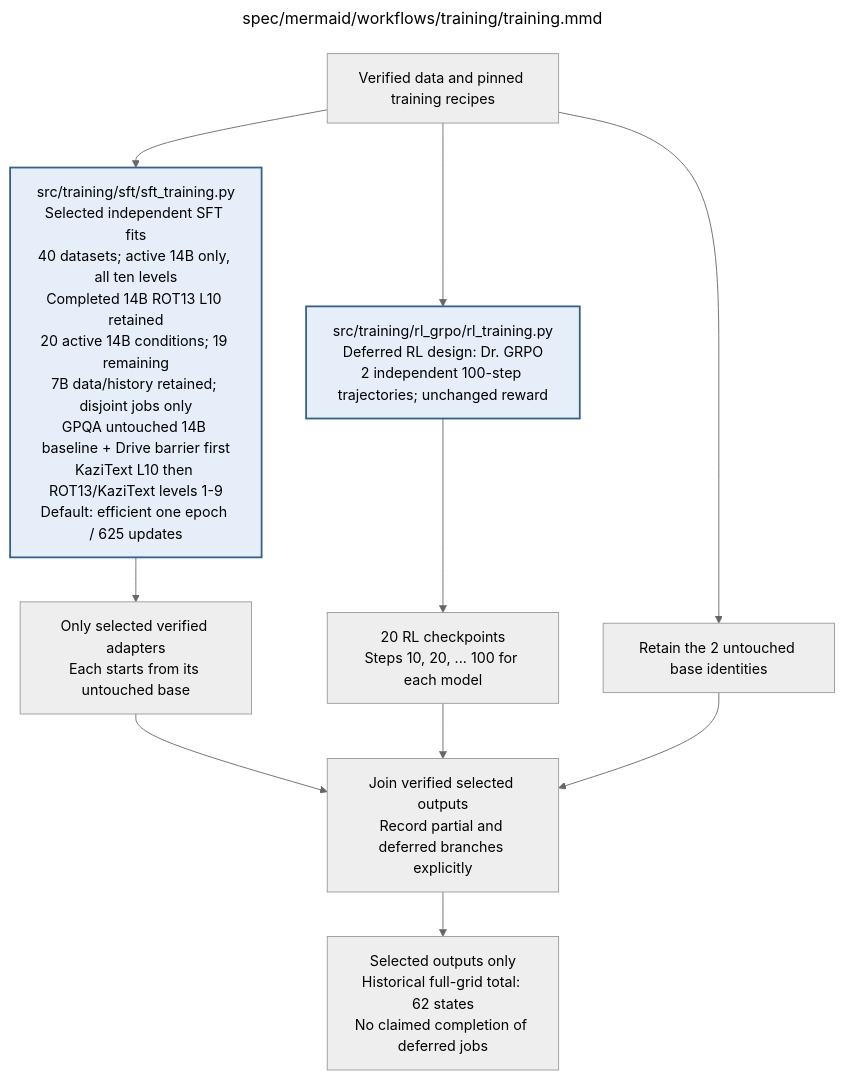
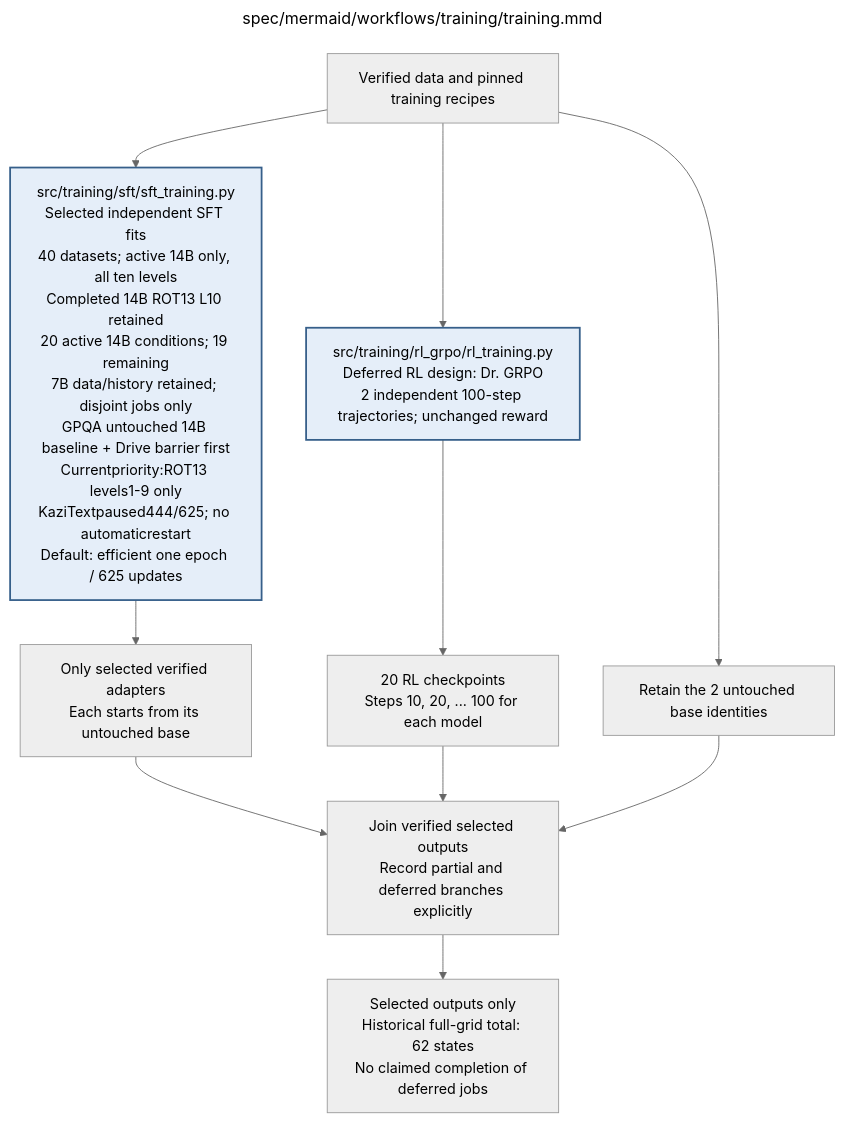
The diagram in docs/modules/training/training.md (AJUNNYC/inducing_persistent_textual_chain_of_thought_illegibility), drawn with Mermaid (neutral theme) before and after one commit. The commit also changed other lines of this file and 31 other files, not shown here.

Commit message:
Prioritize remaining 14B ROT13 fits and preserve KaziText pause

````diff
--- a/docs/modules/training/training.md
+++ b/docs/modules/training/training.md
@@ -52,50 +52,50 @@
 ```mermaid
 ---
 title: "spec/mermaid/workflows/training/training.mmd"
 ---
 flowchart TD
 %% Dated13Oct21:38UTC evidence: actualGPQA49/198 complete/Drive verified;133 truncated+3 malformed at3072 tokens.
-%% Worker scientificsource9de8813 runsKaziText14B L10;200/625 checkpointDrive verified21:31UTC, native guards passed1x16/GCoff.
+%% Same scientificsource9de nowtrainsROT13L1: masks/recovery passed1x16/GCoff,checkpoint0Drive-verified,GPU94-98%.
 %% RetainedROT13L10 keeps old2ea4fb9 identity; laterdocumentation cannot relabel executed workers.
 %% Training
 %% Active default: efficient_one_epoch_v1, per explicitly selected SFT condition.
 %% Published policy v2: request physical 2 x 8; capacity fallback 1 x 16, same effective 16.
 %% Actual batch/accumulation/recomputation mode stays fixed throughout each fit and exact resume.
 %% Committed coordinator requires untouched 14B Diamond 198 baseline+verified Drive barrier before 19 new fits.
-%% Queue KaziText L10 then ROT13/KaziText levels 1-9 ascending; completed ROT13L10 retained.
+%% Queue Currentpriority:ROT13 levels1-9 only<br/>KaziTextpaused444/625; no automaticrestart ascending; completed ROT13L10 retained.
 %% Authorization $240 recorded; no inferred new price or rate-based cutoff; explicit deadline/safe pause separate.
 %% Forty datasets available; active14B scope20, completed ROT13 L10 retained;19 selectedfits uncompleted.
 %% $240 SFT authorized 13 Oct; no new worker launch recorded. RL/final evaluation remain separate.
 %% Legacy full-grid62state accounting is preserved, not an active launch instruction.
 %% Edit quoted node labels directly; this is native Mermaid.
 %% Execution contract: known faults use bounded recovery; unclassified/persistent faults stop the worker.
 %% Frozen invalid inputs are fatal. Unrecoverable child failures propagate; never release incomplete results.
 %% RL uses the same fixed 800 questions and order for both sizes. Four rollouts form each GRPO group.
 %% Independent SFT family queues run on their own GPUs; RL model trajectories run sequentially.
 %% Exact-condition full checkpoints may resume a run; another level's adapter is never a warm start.
 %% No training-time reasoning ablations. Earlier valid outputs are preserved if a worker stops.
 %% RL uses GRPO with Dr. GRPO loss normalization and the fixed settings in rl_grpo/setup/rl_setup.mmd.
 %% The post-training GPT4o artifact audit does not change the Sonnet two-pass training reward.
 %% Child: SFT => sft/sft_training.mmd
 %% Child: RL => rl_grpo/rl_training.mmd
     INPUT["Verified data and pinned training recipes"]
-    SFT["src/training/sft/sft_training.py<br/>Selected independent SFT fits<br/>40 datasets; active 14B only, all ten levels<br/>Completed 14B ROT13 L10 retained<br/>20 active 14B conditions; 19 remaining<br/>7B data/history retained; disjoint jobs only<br/>GPQA untouched 14B baseline + Drive barrier first<br/>KaziText L10 then ROT13/KaziText levels 1-9<br/>Default: efficient one epoch / 625 updates"]
+    SFT["src/training/sft/sft_training.py<br/>Selected independent SFT fits<br/>40 datasets; active 14B only, all ten levels<br/>Completed 14B ROT13 L10 retained<br/>20 active 14B conditions; 19 remaining<br/>7B data/history retained; disjoint jobs only<br/>GPQA untouched 14B baseline + Drive barrier first<br/>Currentpriority:ROT13 levels1-9 only<br/>KaziTextpaused444/625; no automaticrestart<br/>Default: efficient one epoch / 625 updates"]
     SFTOUT["Only selected verified adapters<br/>Each starts from its untouched base"]
     RL["src/training/rl_grpo/rl_training.py<br/>Deferred RL design: Dr. GRPO<br/>2 independent 100-step trajectories; unchanged reward"]
     RLOUT["20 RL checkpoints<br/>Steps 10, 20, ... 100 for each model"]
     BASE["Retain the 2 untouched base identities"]
     WAIT["Join verified selected outputs<br/>Record partial and deferred branches explicitly"]
     OUT["Selected outputs only<br/>Historical full-grid total: 62 states<br/>No claimed completion of deferred jobs"]
     INPUT --> SFT --> SFTOUT --> WAIT
     INPUT --> RL --> RLOUT --> WAIT
     INPUT --> BASE --> WAIT
     WAIT --> OUT
     classDef detail fill:#e5eef9,stroke:#365f8a,stroke-width:2px
     class SFT,RL detail
 
 %% Repository module: src/training/training.py
 %% Module documentation: docs/modules/training/training.md
 %% Unit test: tests/unit/training/test_training.py
 %% Owner: coordinator
 %% Source sections: 2; C.2–C.3; E.1.1; E.2.2; H.7,H.9
 ```
````
